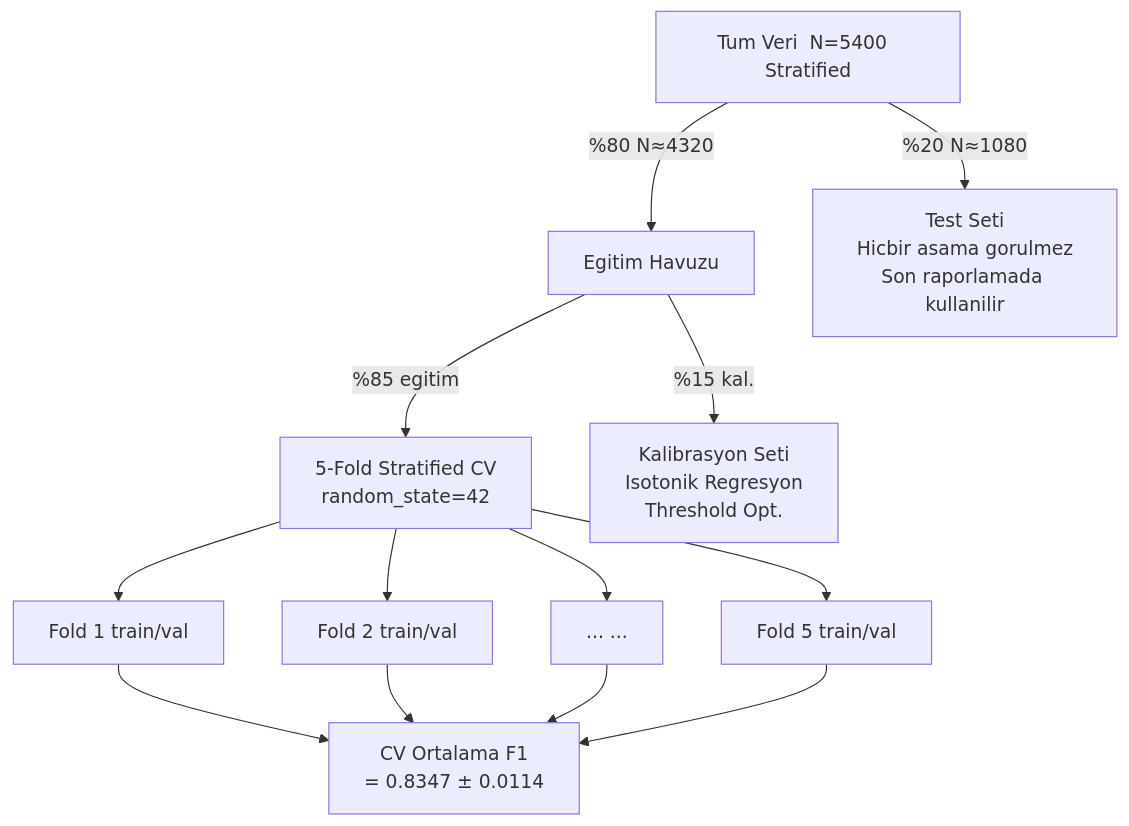
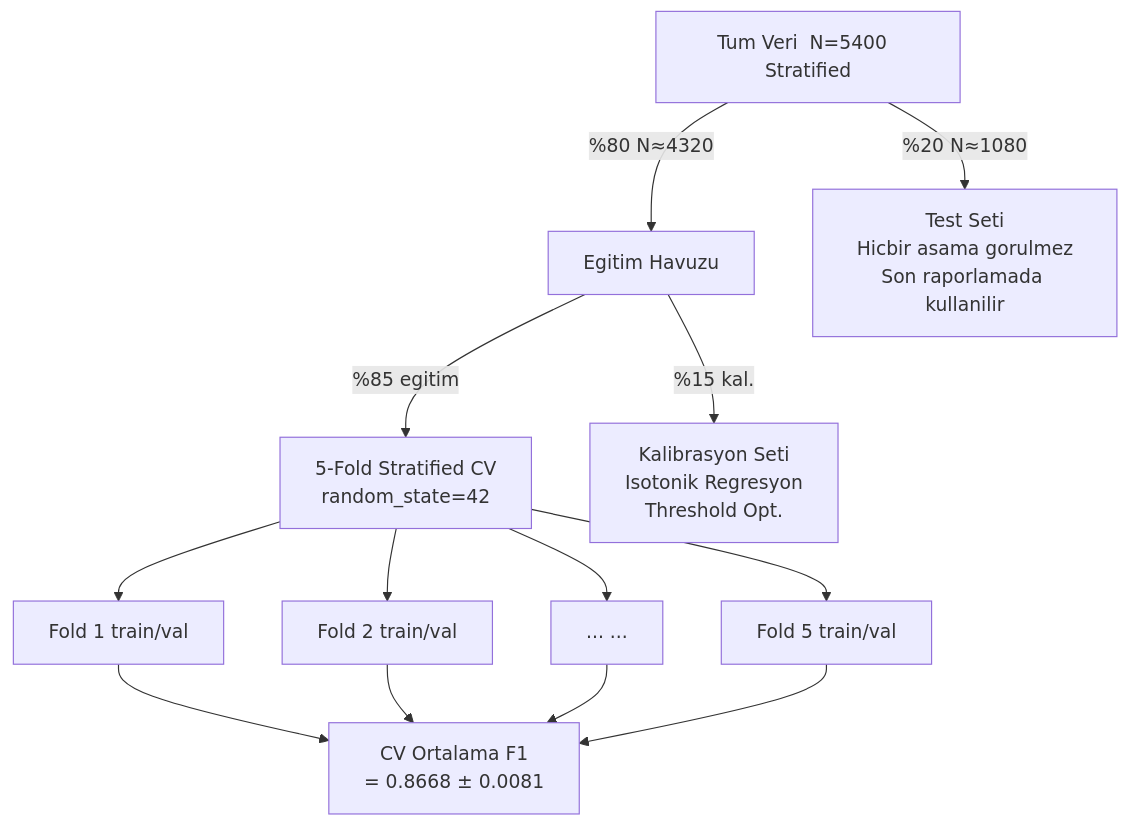
Before and after one commit to msgxr/VARIANT-GNN: diagram 11 of 16 in README.md, drawn with Mermaid. The commit also changed other lines of this file and 3 other files, not shown here.

````diff
--- a/README.md
+++ b/README.md
@@ -492,20 +492,20 @@
 ```mermaid
 flowchart TD
     ALL["Tum Veri  N=5400  Stratified"]
 
     ALL -- "%80  N≈4320" --> TRAIN["Egitim Havuzu"]
     ALL -- "%20  N≈1080" --> TEST["Test Seti\nHicbir asama gorulmez\nSon raporlamada kullanilir"]
 
     TRAIN -- "%85 egitim" --> CV["5-Fold Stratified CV\nrandom_state=42"]
     TRAIN -- "%15 kal." --> CAL["Kalibrasyon Seti\nIsotonik Regresyon\nThreshold Opt."]
 
     CV --> F1["Fold 1  train/val"]
     CV --> F2["Fold 2  train/val"]
     CV --> F3["...  ..."]
     CV --> F5["Fold 5  train/val"]
 
-    F1 --> AVG["CV Ortalama F1\n= 0.8347 ± 0.0114"]
+    F1 --> AVG["CV Ortalama F1\n= 0.8668 ± 0.0081"]
     F2 --> AVG
     F3 --> AVG
     F5 --> AVG
 ```
````
